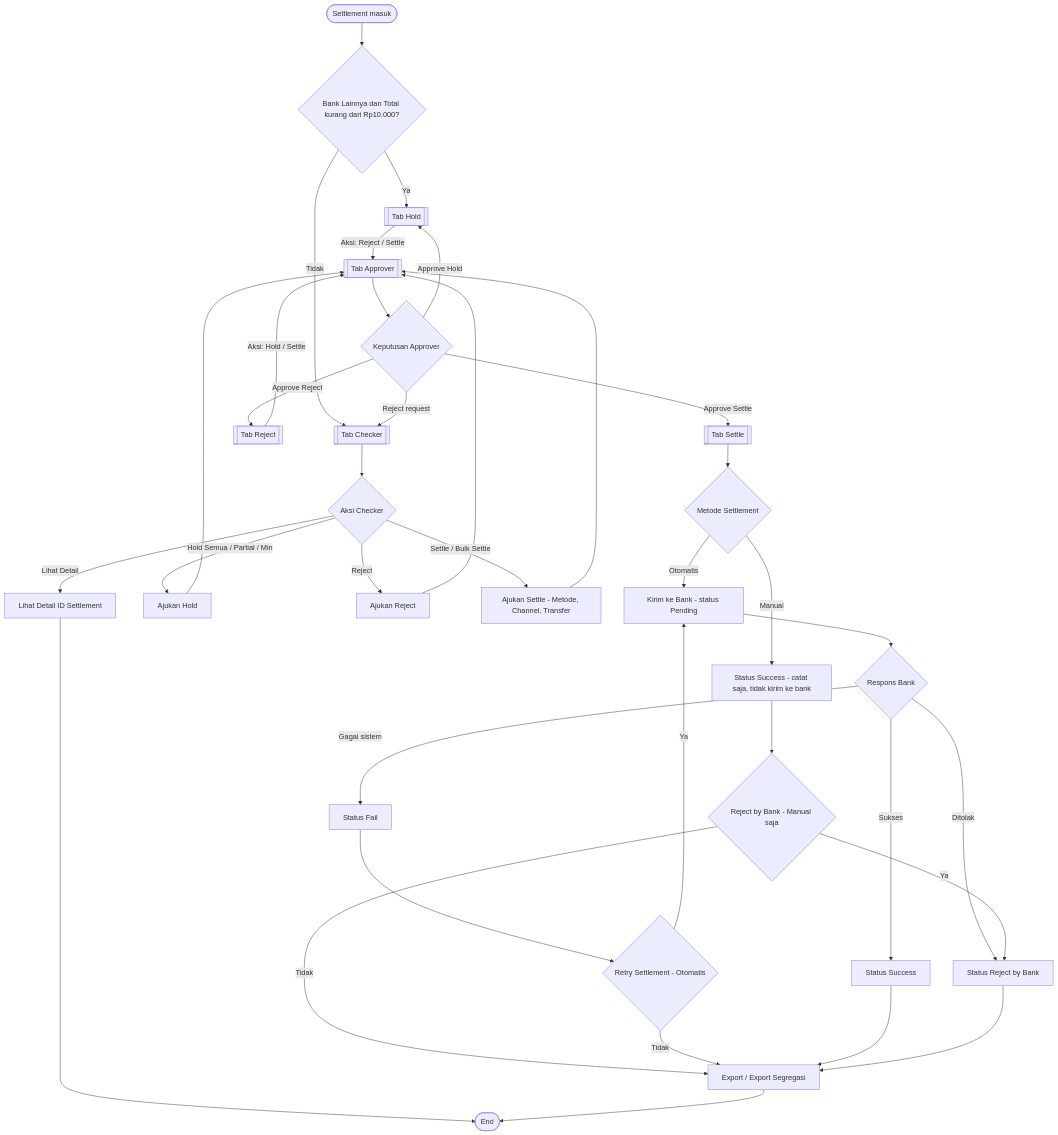
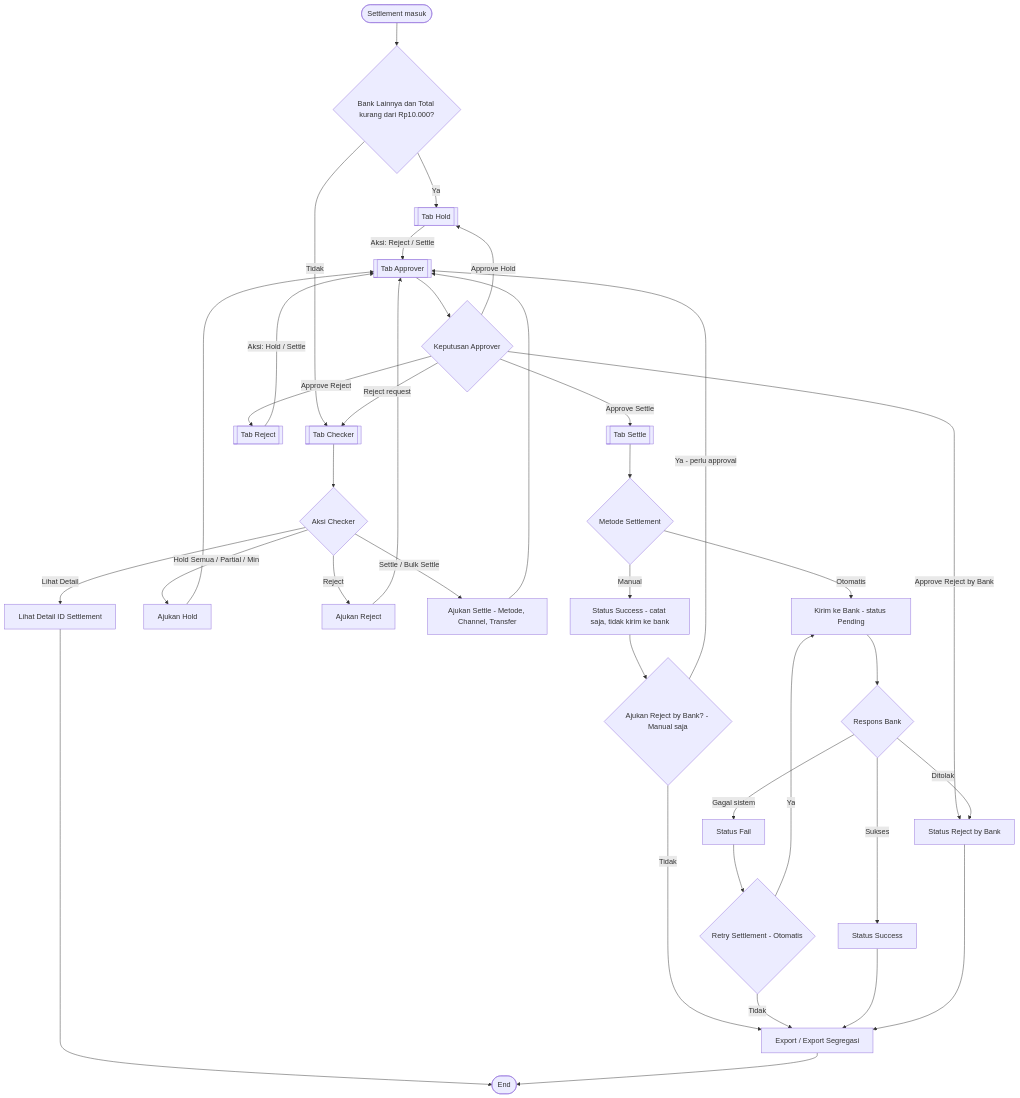
One commit to paydia-product/mockup-auto-recon changed the first of 10 diagrams in FLOW-AUTO-SETTLEMENT.md. Above: the diagram before and after it, drawn with Mermaid. The commit also changed other lines of this file and 2 other files, not shown here.

First line of the commit message:
Docs: Reject by Bank now needs approval

````diff
--- a/FLOW-AUTO-SETTLEMENT.md
+++ b/FLOW-AUTO-SETTLEMENT.md
@@ -13,44 +13,45 @@
 ```mermaid
 flowchart TD
     A([Settlement masuk]) --> B{"Bank Lainnya dan Total kurang dari Rp10.000?"}
     B -->|Ya| HOLD[[Tab Hold]]
     B -->|Tidak| CHK[[Tab Checker]]
 
     CHK --> ACT{Aksi Checker}
     ACT -->|Lihat Detail| DET[Lihat Detail ID Settlement]
     ACT -->|Hold Semua / Partial / Min| AH[Ajukan Hold]
     ACT -->|Reject| AR[Ajukan Reject]
     ACT -->|Settle / Bulk Settle| AS[Ajukan Settle - Metode, Channel, Transfer]
     DET --> Z([End])
 
     AH --> APV[[Tab Approver]]
     AR --> APV
     AS --> APV
 
     APV --> DEC{Keputusan Approver}
     DEC -->|Reject request| CHK
     DEC -->|Approve Hold| HOLD
     DEC -->|Approve Reject| REJ[[Tab Reject]]
     DEC -->|Approve Settle| SET[[Tab Settle]]
+    DEC -->|Approve Reject by Bank| RBB[Status Reject by Bank]
 
     HOLD -->|Aksi: Reject / Settle| APV
     REJ -->|Aksi: Hold / Settle| APV
 
     SET --> MET{Metode Settlement}
     MET -->|Manual| MSUC[Status Success - catat saja, tidak kirim ke bank]
     MET -->|Otomatis| BANK[Kirim ke Bank - status Pending]
     BANK --> RESP{Respons Bank}
     RESP -->|Sukses| SUC[Status Success]
     RESP -->|Gagal sistem| FAIL[Status Fail]
-    RESP -->|Ditolak| RBB[Status Reject by Bank]
+    RESP -->|Ditolak| RBB
 
-    MSUC --> RbB{Reject by Bank - Manual saja}
-    RbB -->|Ya| RBB
+    MSUC --> RbB{Ajukan Reject by Bank? - Manual saja}
+    RbB -->|Ya - perlu approval| APV
     RbB -->|Tidak| EXP[Export / Export Segregasi]
     FAIL --> RTR{Retry Settlement - Otomatis}
     RTR -->|Ya| BANK
     RTR -->|Tidak| EXP
     SUC --> EXP
     RBB --> EXP
     EXP --> Z
 ```
````
